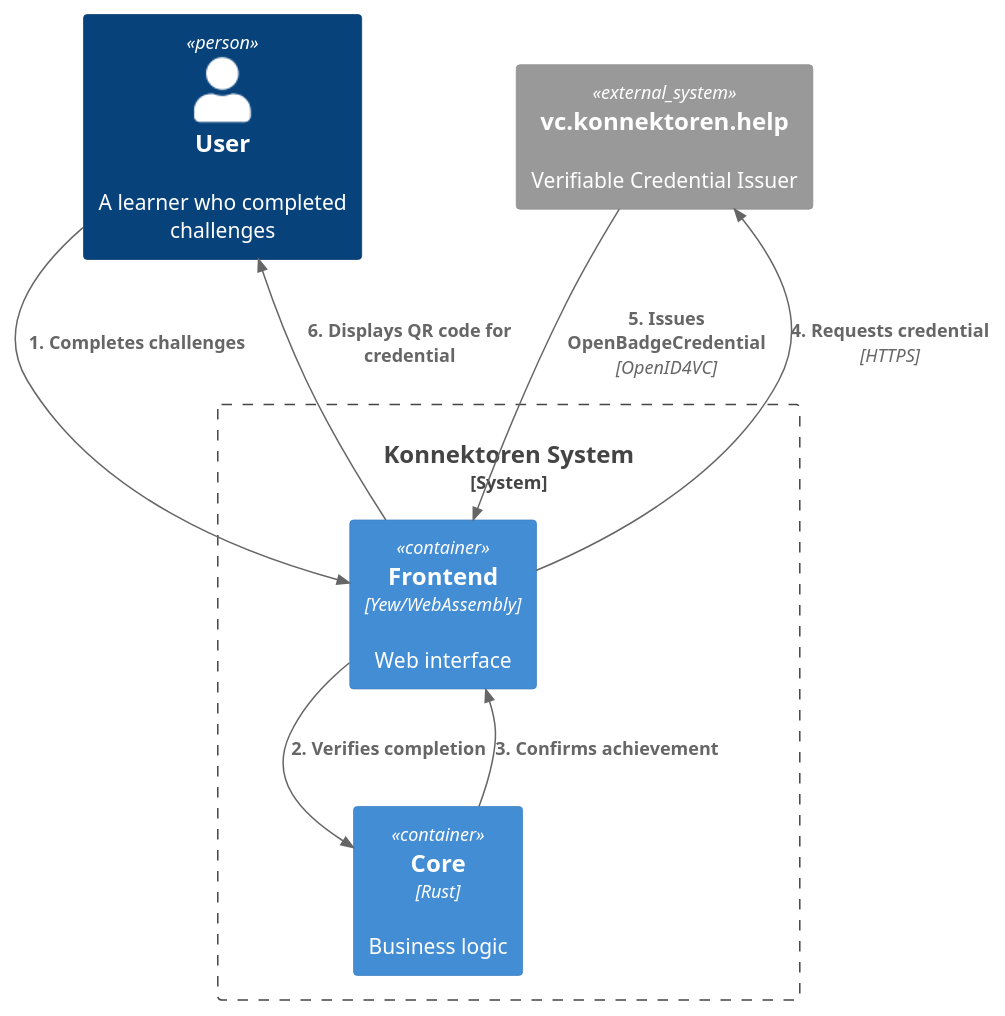
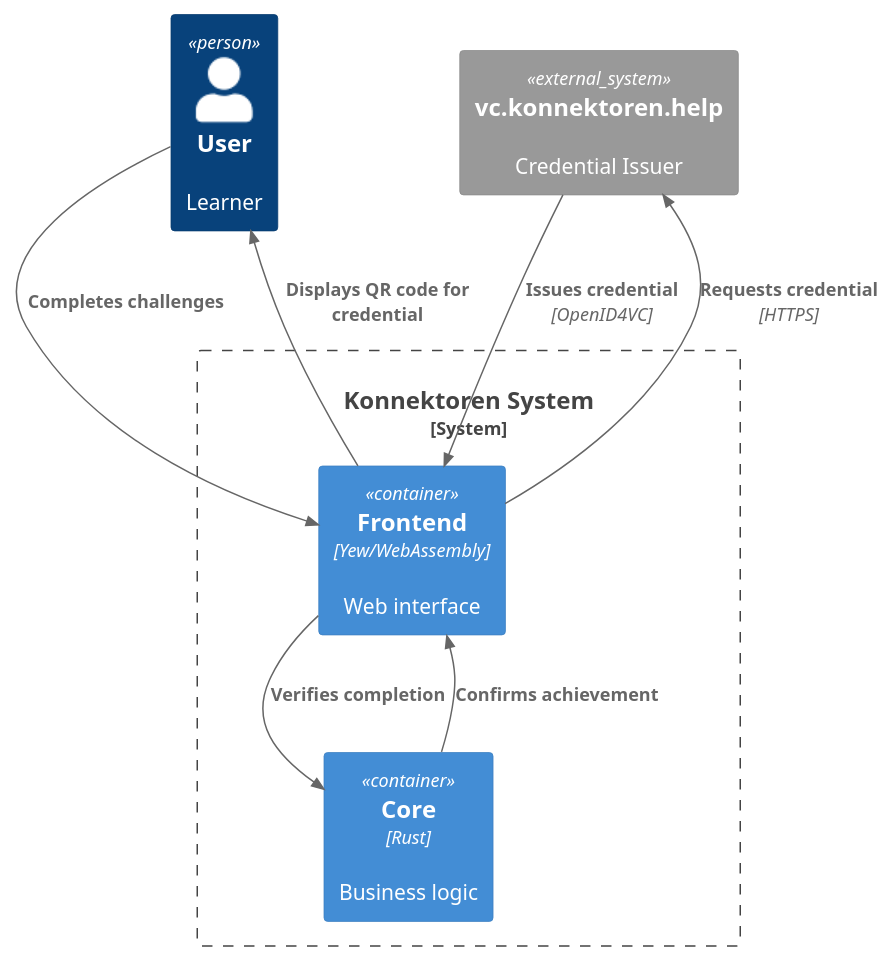
The fifth of 7 diagrams in docs/src/06_runtime_view.adoc (konnektoren/konnektoren-rs), drawn with PlantUML before and after one commit. The commit also changed other lines of this file, not shown here.

```diff
--- a/docs/src/06_runtime_view.adoc
+++ b/docs/src/06_runtime_view.adoc
@@ -227,23 +214,20 @@
 [plantuml, vc-issuance-c4, png]
 ----
 @startuml
 !include https://raw.githubusercontent.com/plantuml-stdlib/C4-PlantUML/master/C4_Container.puml
 
-Person(user, "User", "A learner who completed challenges")
-
+Person(user, "User", "Learner")
 System_Boundary(konnektoren, "Konnektoren System") {
     Container(frontend, "Frontend", "Yew/WebAssembly", "Web interface")
     Container(core, "Core", "Rust", "Business logic")
 }
+System_Ext(vc_issuer, "vc.konnektoren.help", "Credential Issuer")
 
-System_Ext(vc_issuer, "vc.konnektoren.help", "Verifiable Credential Issuer")
-
-Rel(user, frontend, "1. Completes challenges")
-Rel(frontend, core, "2. Verifies completion")
-Rel(core, frontend, "3. Confirms achievement")
-Rel(frontend, vc_issuer, "4. Requests credential", "HTTPS")
-Rel(vc_issuer, frontend, "5. Issues OpenBadgeCredential", "OpenID4VC")
-Rel(frontend, user, "6. Displays QR code for credential")
-
+Rel(user, frontend, "Completes challenges")
+Rel(frontend, core, "Verifies completion")
+Rel(core, frontend, "Confirms achievement")
+Rel(frontend, vc_issuer, "Requests credential", "HTTPS")
+Rel(vc_issuer, frontend, "Issues credential", "OpenID4VC")
+Rel(frontend, user, "Displays QR code for credential")
 @enduml
 ----
```
